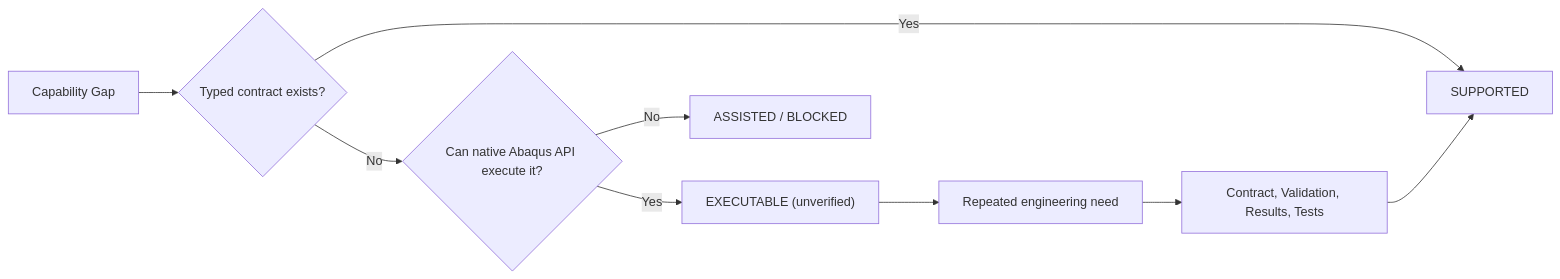
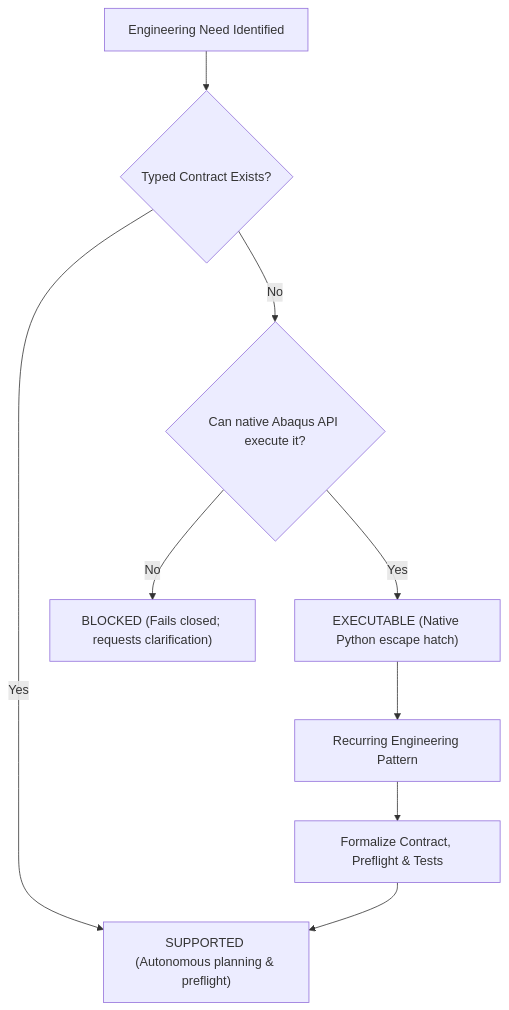
One commit to chenlei-gh/Abaqus-AI-Agent changed the third of 3 diagrams in README.md. Above: the diagram before and after it, drawn with Mermaid. The commit also changed other lines of this file and 5 other files, not shown here.

First line of the commit message:
Optimize diagram rendering for mobile devices

````diff
--- a/README.md
+++ b/README.md
@@ -172,11 +241,11 @@
 ```mermaid
-flowchart LR
-    D["Capability Gap"] --> T{"Typed contract exists?"}
-    T -->|Yes| S["SUPPORTED"]
+flowchart TD
+    D["Engineering Need Identified"] --> T{"Typed Contract Exists?"}
+    T -->|Yes| S["SUPPORTED (Autonomous planning & preflight)"]
     T -->|No| P{"Can native Abaqus API execute it?"}
-    P -->|Yes| X["EXECUTABLE (unverified)"]
-    P -->|No| A["ASSISTED / BLOCKED"]
-    X --> H["Repeated engineering need"]
-    H --> C["Contract, Validation, Results, Tests"]
+    P -->|Yes| X["EXECUTABLE (Native Python escape hatch)"]
+    P -->|No| A["BLOCKED (Fails closed; requests clarification)"]
+    X --> H["Recurring Engineering Pattern"]
+    H --> C["Formalize Contract, Preflight & Tests"]
     C --> S
 ```
````
